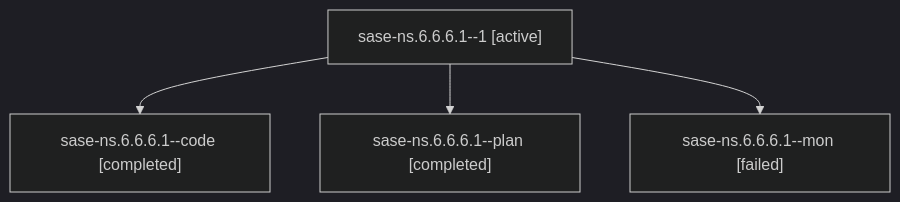
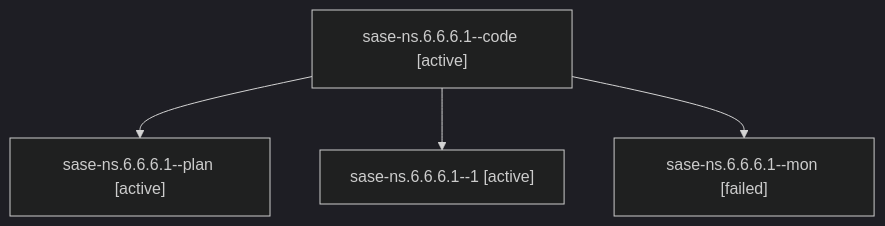
The diagram in families/bbugyi200.athena.sase-ns.6.6.6.1.md (sase-org/sase--agents), drawn with Mermaid (dark theme) before and after one commit. The commit also changed other lines of this file and 200 other files, not shown here.

````diff
--- a/families/bbugyi200.athena.sase-ns.6.6.6.1.md
+++ b/families/bbugyi200.athena.sase-ns.6.6.6.1.md
@@ -9,10 +9,10 @@
 ```mermaid
 flowchart TD
-  n0["sase-ns.6.6.6.1--1 [active]"]
-  n1["sase-ns.6.6.6.1--code [completed]"]
+  n0["sase-ns.6.6.6.1--code [active]"]
+  n1["sase-ns.6.6.6.1--plan [active]"]
   n0 --> n1
-  n2["sase-ns.6.6.6.1--plan [completed]"]
+  n2["sase-ns.6.6.6.1--1 [active]"]
   n0 --> n2
   n3["sase-ns.6.6.6.1--mon [failed]"]
   n0 --> n3
 ```
````
